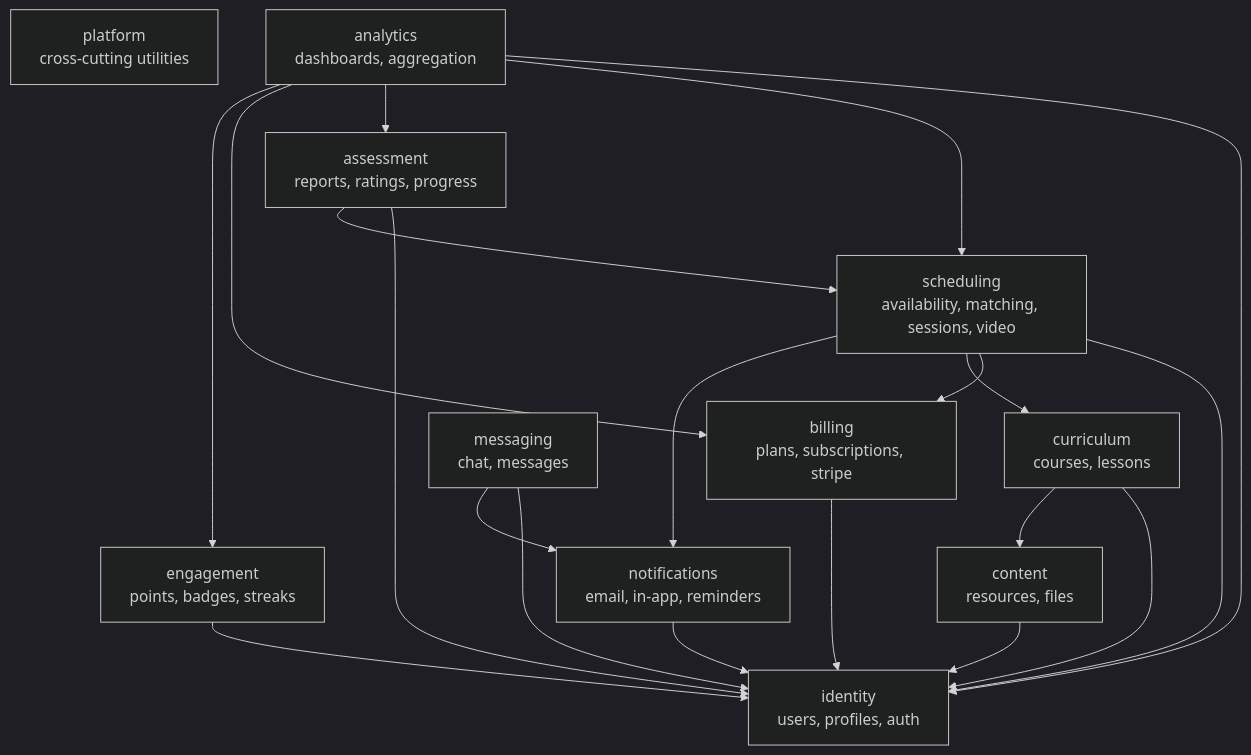
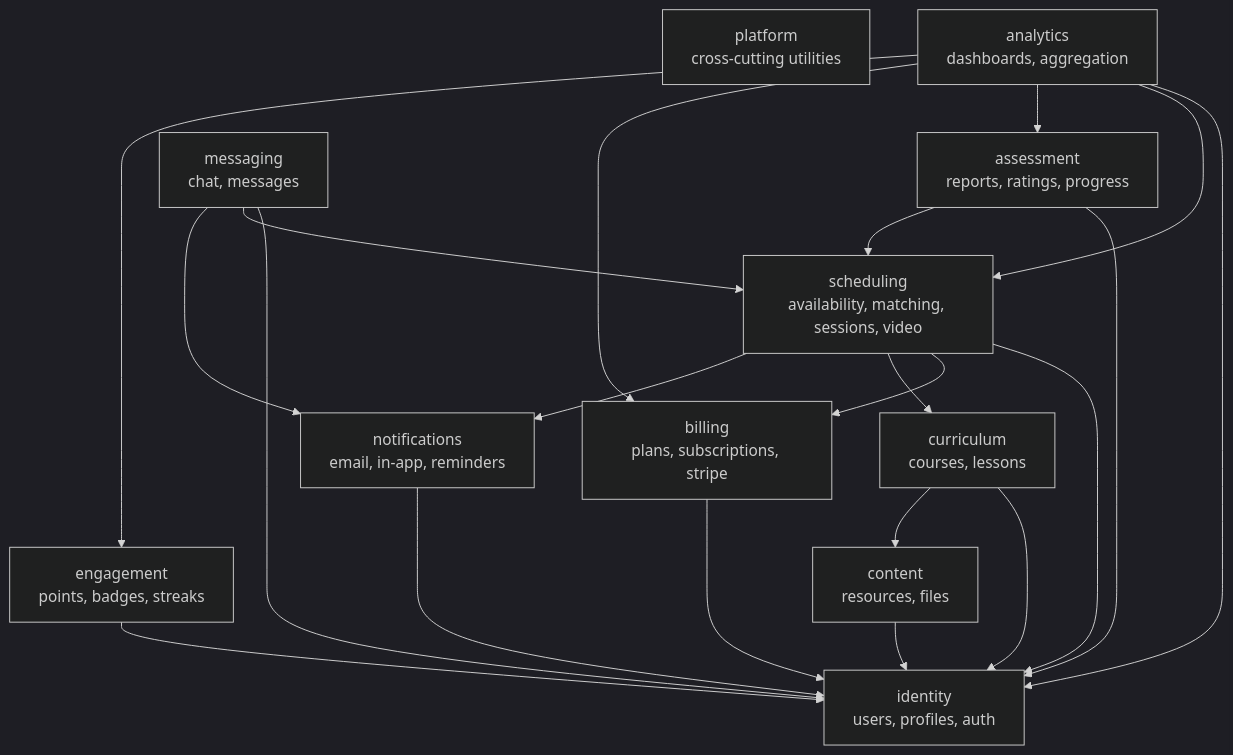
The diagram in docs/architecture/overview.md (kaleem-lms/Kaleem), drawn with Mermaid (dark theme) before and after one commit. The commit also changed 5 other files, not shown here.

Commit message:
docs: ADR-0053, messaging architecture doc, spec build notes

````diff
--- a/docs/architecture/overview.md
+++ b/docs/architecture/overview.md
@@ -5,35 +5,36 @@
 ```mermaid
 graph TD
     platform[platform<br/>cross-cutting utilities]
 
     identity[identity<br/>users, profiles, auth]
     billing[billing<br/>plans, subscriptions, stripe]
     scheduling[scheduling<br/>availability, matching, sessions, video]
     assessment[assessment<br/>reports, ratings, progress]
     curriculum[curriculum<br/>courses, lessons]
     content[content<br/>resources, files]
     messaging[messaging<br/>chat, messages]
     notifications[notifications<br/>email, in-app, reminders]
     engagement[engagement<br/>points, badges, streaks]
     analytics[analytics<br/>dashboards, aggregation]
 
     scheduling --> identity
     scheduling --> billing
     scheduling --> curriculum
     scheduling --> notifications
     billing --> identity
     assessment --> identity
     assessment --> scheduling
     curriculum --> identity
     curriculum --> content
     content --> identity
     messaging --> identity
+    messaging --> scheduling
     messaging --> notifications
     notifications --> identity
     engagement --> identity
     analytics --> identity
     analytics --> scheduling
     analytics --> assessment
     analytics --> billing
     analytics --> engagement
 ```
````
